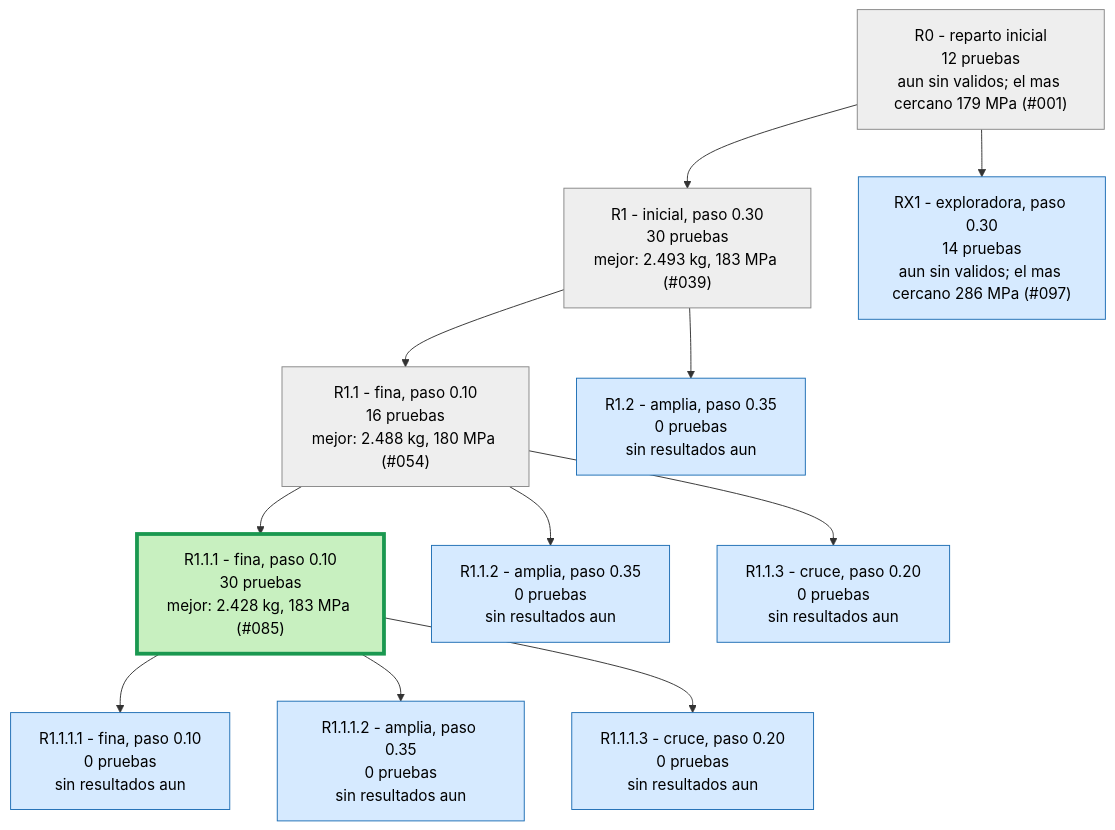
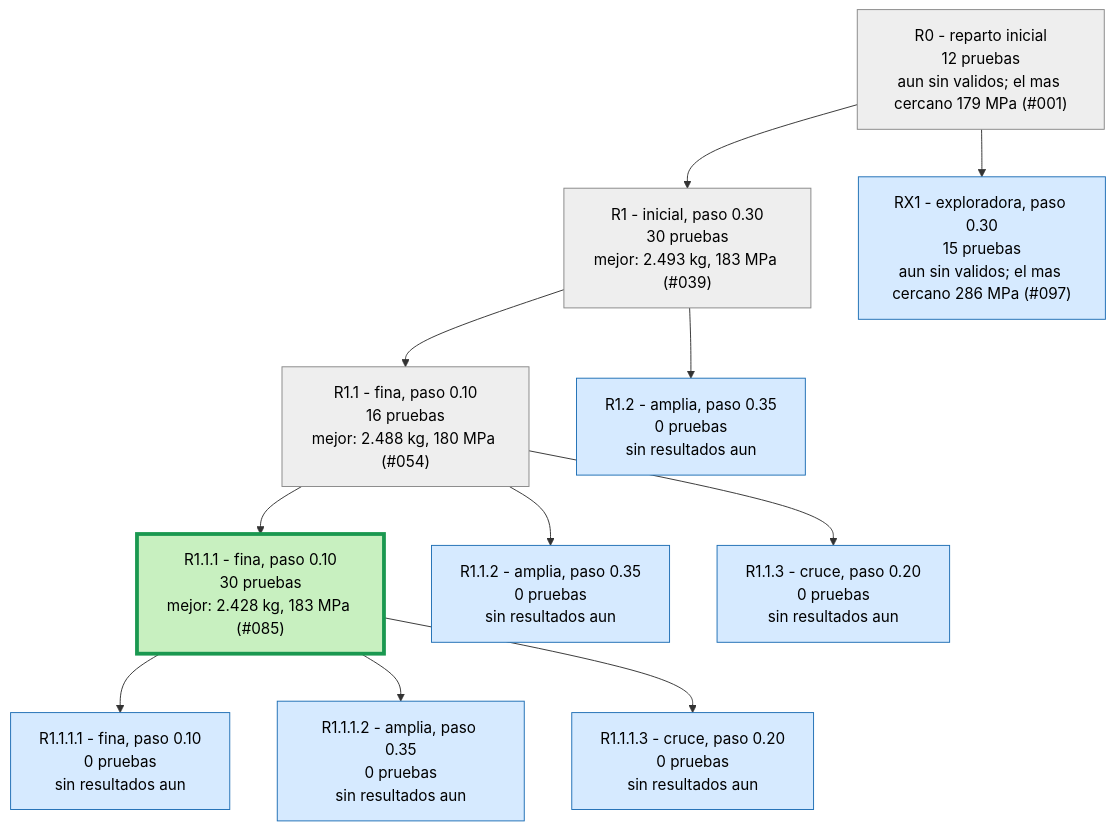
Before and after one commit to Hugiko/msd-soporte-optimizacion: the second of 3 diagrams in runs/opt_37800N/ARBOL.md, drawn with Mermaid. The commit also changed 46 other files, not shown here.

````diff
--- a/runs/opt_37800N/ARBOL.md
+++ b/runs/opt_37800N/ARBOL.md
@@ -25,27 +25,27 @@
 ```mermaid
 graph TD
 classDef activa fill:#d6eaff,stroke:#1f6fb5,color:#000
 classDef fin fill:#eeeeee,stroke:#888,color:#000
 classDef mejor fill:#c8f0c0,stroke:#1a9850,stroke-width:4px,color:#000
 R0["R0 - reparto inicial<br/>12 pruebas<br/>aun sin validos; el mas cercano 179 MPa (#001)"]:::fin
 R1["R1 - inicial, paso 0.30<br/>30 pruebas<br/>mejor: 2.493 kg, 183 MPa (#039)"]:::fin
 R0 --> R1
 R1_1["R1.1 - fina, paso 0.10<br/>16 pruebas<br/>mejor: 2.488 kg, 180 MPa (#054)"]:::fin
 R1 --> R1_1
 R1_2["R1.2 - amplia, paso 0.35<br/>0 pruebas<br/>sin resultados aun"]:::activa
 R1 --> R1_2
 R1_1_1["R1.1.1 - fina, paso 0.10<br/>30 pruebas<br/>mejor: 2.428 kg, 183 MPa (#085)"]:::mejor
 R1_1 --> R1_1_1
 R1_1_2["R1.1.2 - amplia, paso 0.35<br/>0 pruebas<br/>sin resultados aun"]:::activa
 R1_1 --> R1_1_2
 R1_1_3["R1.1.3 - cruce, paso 0.20<br/>0 pruebas<br/>sin resultados aun"]:::activa
 R1_1 --> R1_1_3
 R1_1_1_1["R1.1.1.1 - fina, paso 0.10<br/>0 pruebas<br/>sin resultados aun"]:::activa
 R1_1_1 --> R1_1_1_1
 R1_1_1_2["R1.1.1.2 - amplia, paso 0.35<br/>0 pruebas<br/>sin resultados aun"]:::activa
 R1_1_1 --> R1_1_1_2
 R1_1_1_3["R1.1.1.3 - cruce, paso 0.20<br/>0 pruebas<br/>sin resultados aun"]:::activa
 R1_1_1 --> R1_1_1_3
-RX1["RX1 - exploradora, paso 0.30<br/>14 pruebas<br/>aun sin validos; el mas cercano 286 MPa (#097)"]:::activa
+RX1["RX1 - exploradora, paso 0.30<br/>15 pruebas<br/>aun sin validos; el mas cercano 286 MPa (#097)"]:::activa
 R0 --> RX1
 ```
````
